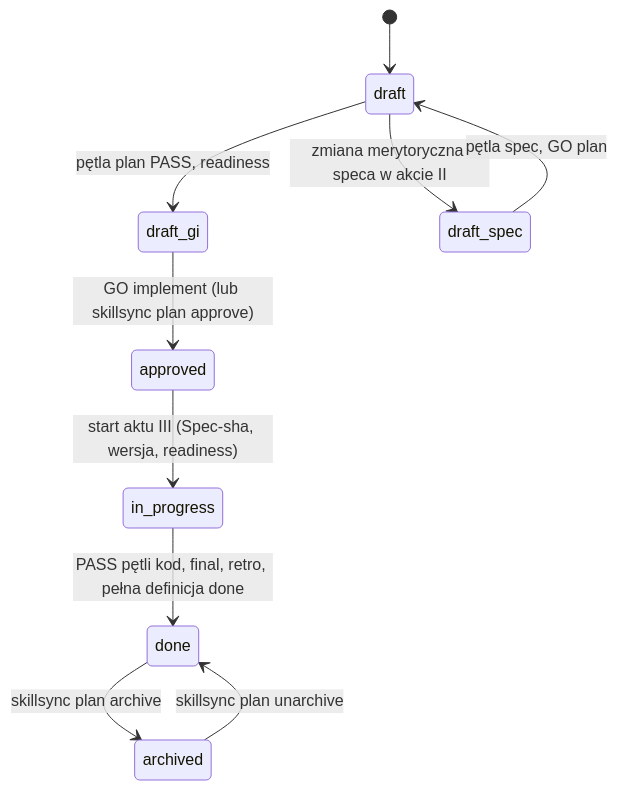
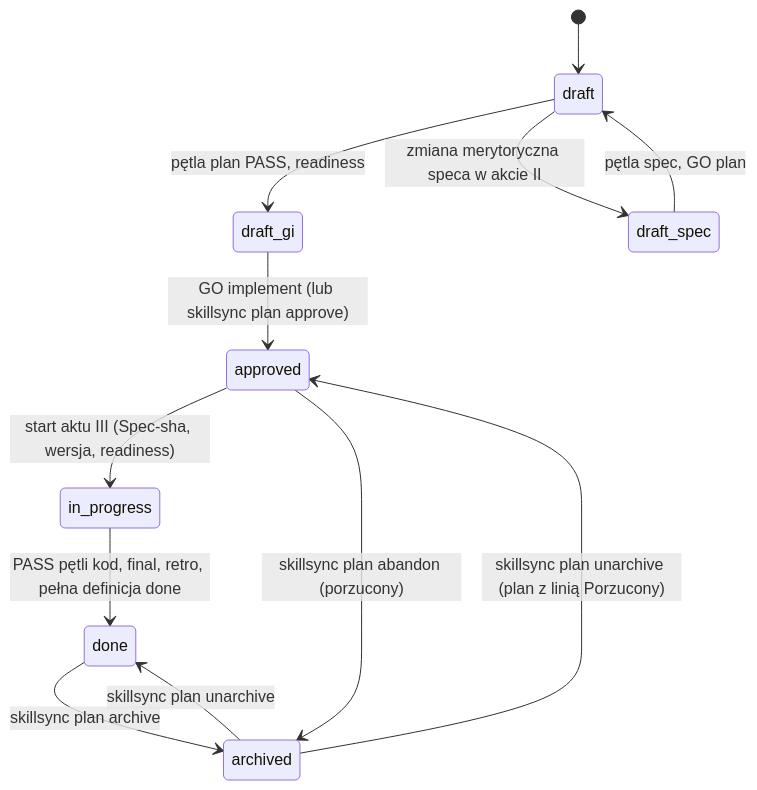
One commit to BATUSystems/skillsync changed the second of 7 diagrams in docs/workflow-details.md. Above: the diagram before and after it, drawn with Mermaid. The commit also changed other lines of this file and 28 other files, not shown here.

````diff
--- a/docs/workflow-details.md
+++ b/docs/workflow-details.md
@@ -236,12 +236,14 @@
 ```mermaid
 stateDiagram-v2
     [*] --> draft
     draft --> draft_gi: pętla plan PASS, readiness
     draft_gi --> approved: GO implement (lub skillsync plan approve)
     draft --> draft_spec: zmiana merytoryczna speca w akcie II
     draft_spec --> draft: pętla spec, GO plan
     approved --> in_progress: start aktu III (Spec-sha, wersja, readiness)
     in_progress --> done: PASS pętli kod, final, retro, pełna definicja done
     done --> archived: skillsync plan archive
     archived --> done: skillsync plan unarchive
+    approved --> archived: skillsync plan abandon (porzucony)
+    archived --> approved: skillsync plan unarchive (plan z linią Porzucony)
 ```
````
